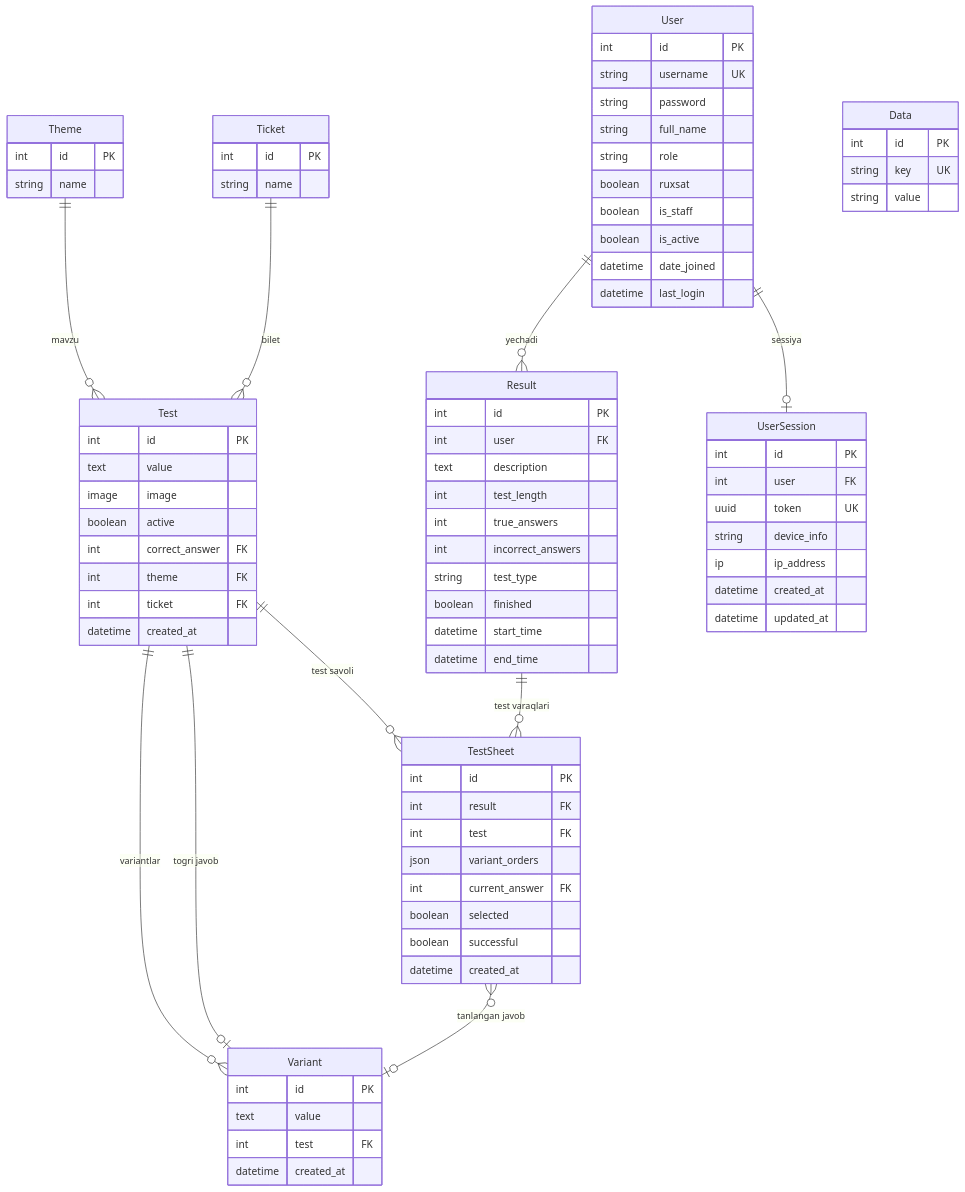
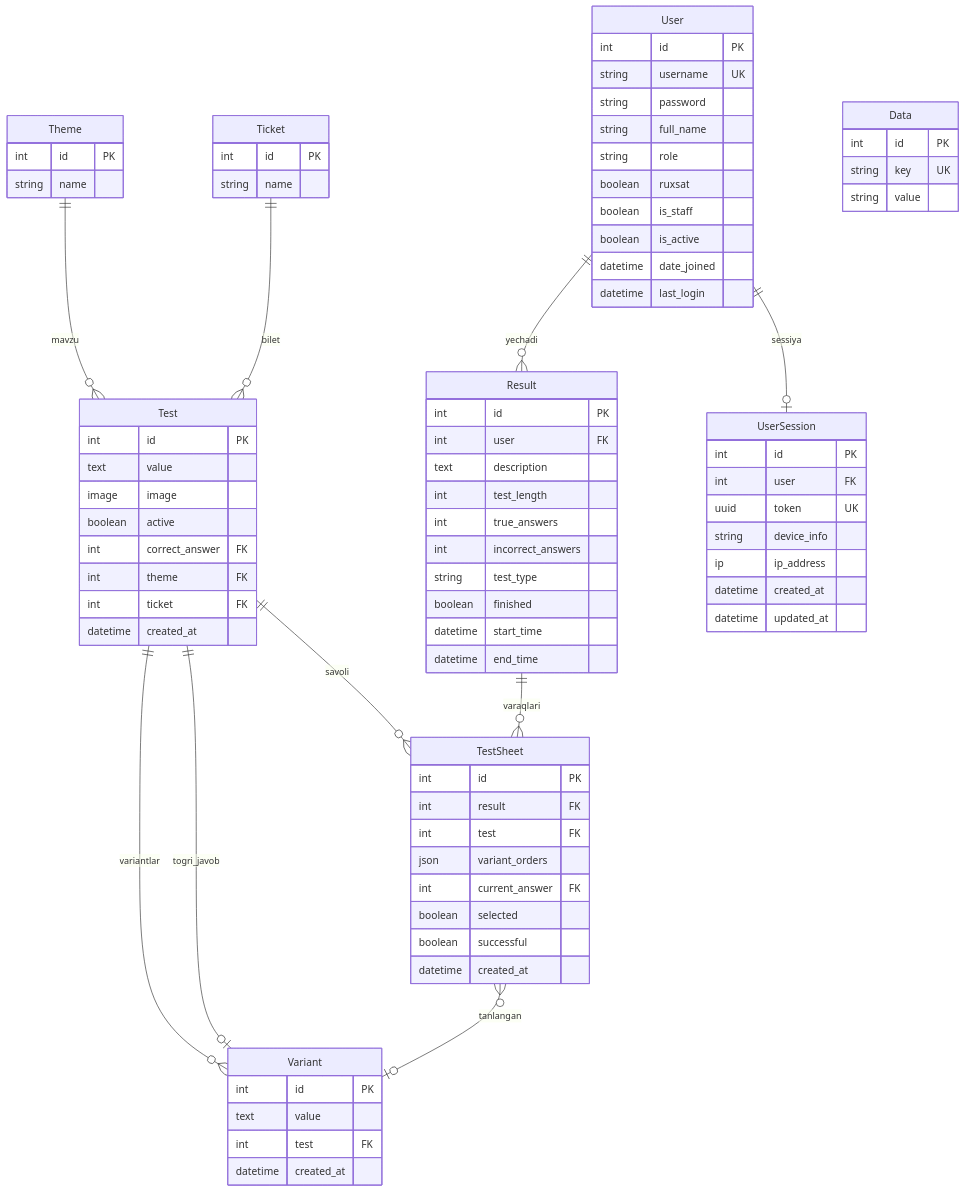
The fourth of 16 diagrams in README.md (khismoiloff/BrpAvtoTest), drawn with Mermaid before and after one commit. The commit also changed other lines of this file, not shown here.

````diff
--- a/README.md
+++ b/README.md
@@ -188,16 +242,16 @@
 ```mermaid
 %%{init: {'theme': 'default'}}%%
 erDiagram
-    User ||--o{ Result : "yechadi"
-    User ||--o| UserSession : "sessiya"
-    Theme ||--o{ Test : "mavzu"
-    Ticket ||--o{ Test : "bilet"
-    Test ||--o{ Variant : "variantlar"
-    Test ||--o| Variant : "togri javob"
-    Result ||--o{ TestSheet : "test varaqlari"
-    Test ||--o{ TestSheet : "test savoli"
-    TestSheet }o--o| Variant : "tanlangan javob"
-    
+    User ||--o{ Result : yechadi
+    User ||--o| UserSession : sessiya
+    Theme ||--o{ Test : mavzu
+    Ticket ||--o{ Test : bilet
+    Test ||--o{ Variant : variantlar
+    Test ||--o| Variant : togri_javob
+    Result ||--o{ TestSheet : varaqlari
+    Test ||--o{ TestSheet : savoli
+    TestSheet }o--o| Variant : tanlangan
+
     User {
         int id PK
         string username UK
@@ -210,17 +264,17 @@
         datetime date_joined
         datetime last_login
     }
-    
+
     Theme {
         int id PK
         string name
     }
-    
+
     Ticket {
         int id PK
         string name
     }
-    
+
     Test {
         int id PK
         text value
@@ -231,14 +285,14 @@
         int ticket FK
         datetime created_at
     }
-    
+
     Variant {
         int id PK
         text value
         int test FK
         datetime created_at
     }
-    
+
     Result {
         int id PK
         int user FK
@@ -251,7 +305,7 @@
         datetime start_time
         datetime end_time
     }
-    
+
     TestSheet {
         int id PK
         int result FK
@@ -262,7 +316,7 @@
         boolean successful
         datetime created_at
     }
-    
+
     UserSession {
         int id PK
         int user FK
@@ -272,7 +326,7 @@
         datetime created_at
         datetime updated_at
     }
-    
+
     Data {
         int id PK
         string key UK
````
